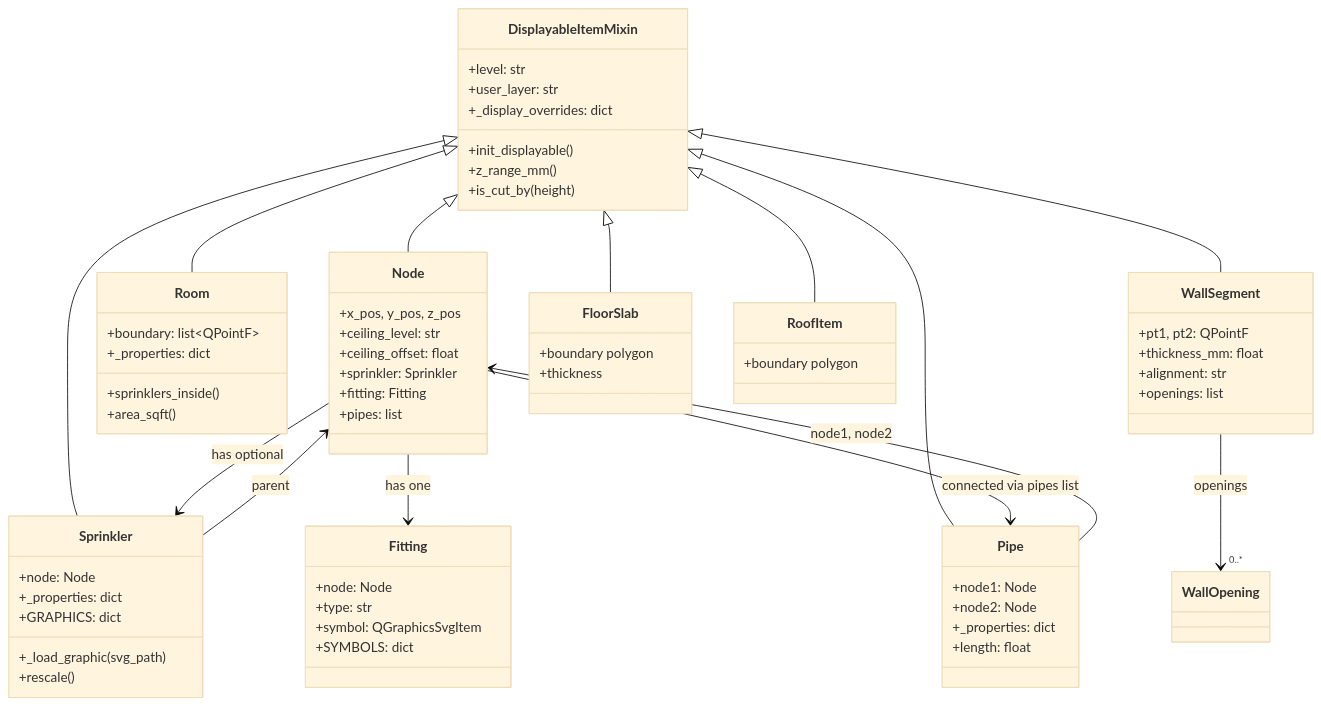
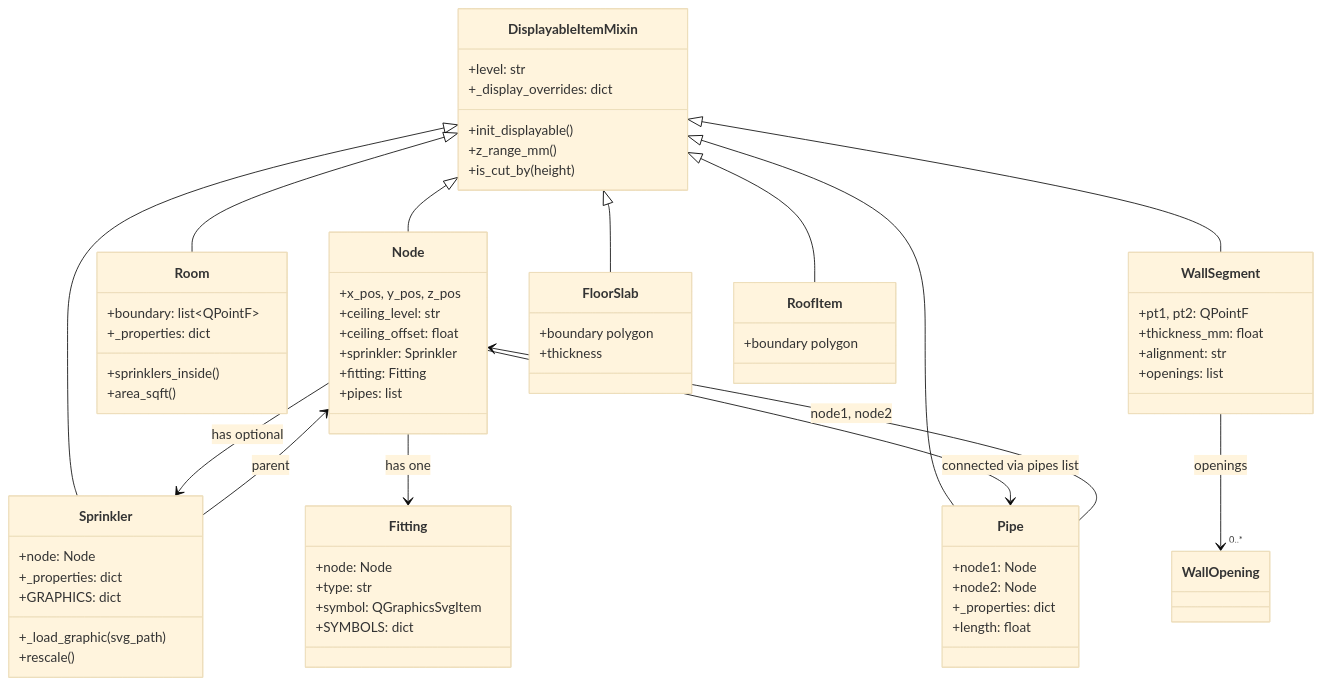
One commit to giannivulcano/FirePro-3D changed the diagram in docs/architecture/entities.md. Above: the diagram before and after it, drawn with Mermaid (base theme). The commit also changed other lines of this file and 18 other files, not shown here.

````diff
--- a/docs/architecture/entities.md
+++ b/docs/architecture/entities.md
@@ -40,80 +39,79 @@
 ```mermaid
 classDiagram
     class DisplayableItemMixin {
         +level: str
-        +user_layer: str
         +_display_overrides: dict
         +init_displayable()
         +z_range_mm()
         +is_cut_by(height)
     }
 
     class Node {
         +x_pos, y_pos, z_pos
         +ceiling_level: str
         +ceiling_offset: float
         +sprinkler: Sprinkler
         +fitting: Fitting
         +pipes: list
     }
 
     class Pipe {
         +node1: Node
         +node2: Node
         +_properties: dict
         +length: float
     }
 
     class Sprinkler {
         +node: Node
         +_properties: dict
         +GRAPHICS: dict
         +_load_graphic(svg_path)
         +rescale()
     }
 
     class Fitting {
         +node: Node
         +type: str
         +symbol: QGraphicsSvgItem
         +SYMBOLS: dict
     }
 
     class Room {
         +boundary: list~QPointF~
         +_properties: dict
         +sprinklers_inside()
         +area_sqft()
     }
 
     class WallSegment {
         +pt1, pt2: QPointF
         +thickness_mm: float
         +alignment: str
         +openings: list
     }
 
     class FloorSlab {
         +boundary polygon
         +thickness
     }
 
     class RoofItem {
         +boundary polygon
     }
 
     DisplayableItemMixin <|-- Node
     DisplayableItemMixin <|-- Pipe
     DisplayableItemMixin <|-- Sprinkler
     DisplayableItemMixin <|-- Room
     DisplayableItemMixin <|-- WallSegment
     DisplayableItemMixin <|-- FloorSlab
     DisplayableItemMixin <|-- RoofItem
 
     Node --> Sprinkler : has optional
     Node --> Fitting : has one
     Node --> Pipe : connected via pipes list
     Pipe --> Node : node1, node2
     Sprinkler --> Node : parent
     WallSegment --> "0..*" WallOpening : openings
 ```
````
